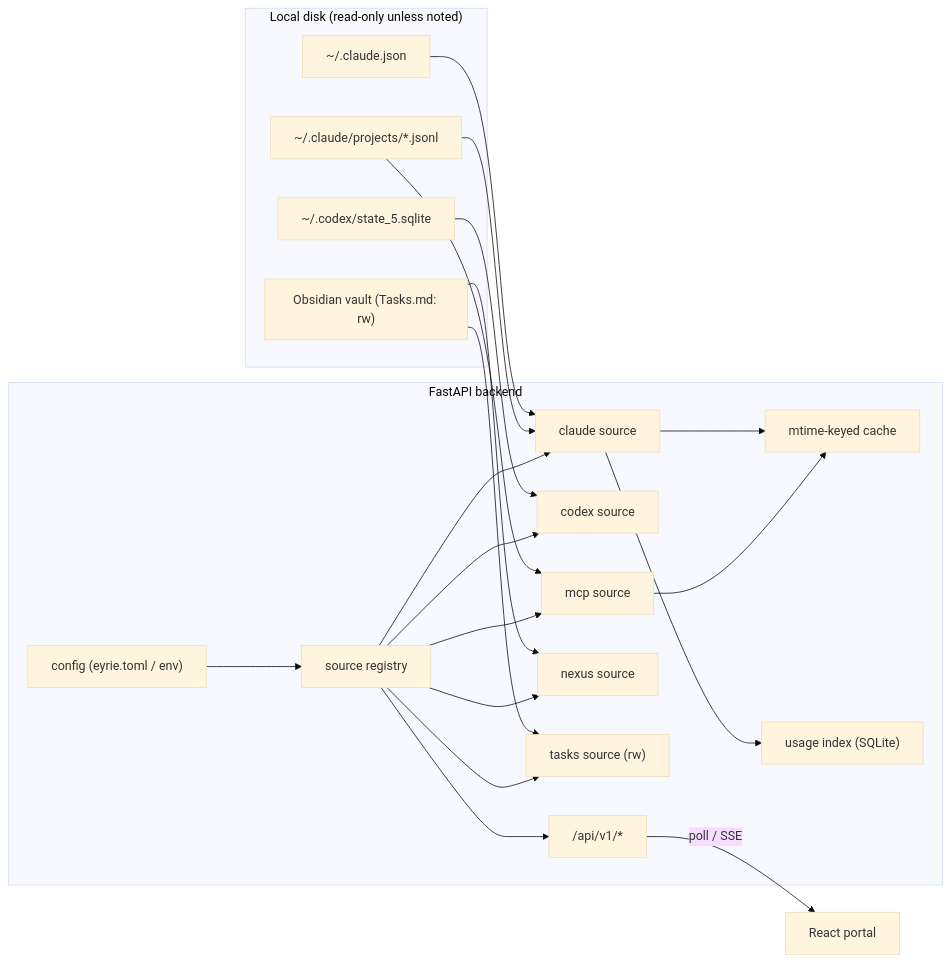
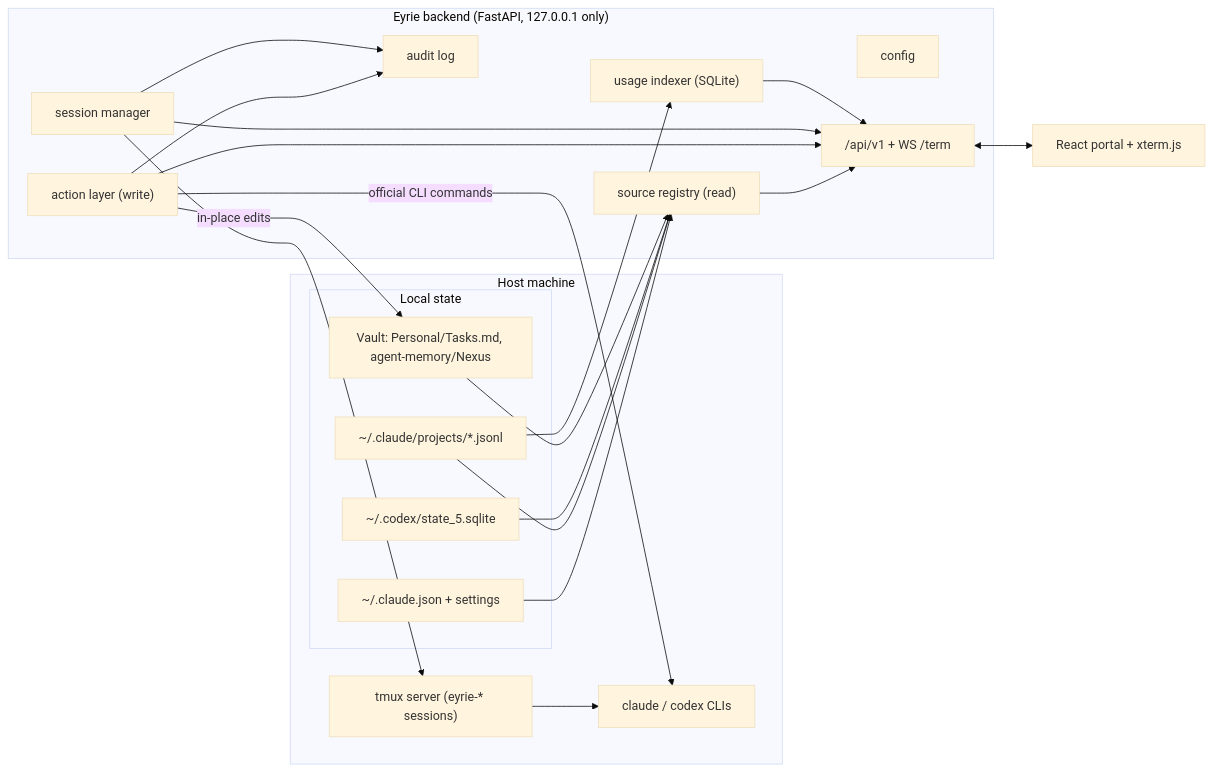
One commit to abrahamalen/eyrie changed the diagram in docs/architecture.md. Above: the diagram before and after it, drawn with Mermaid (base theme). The commit also changed other lines of this file, not shown here.

Commit message:
Design: full control, usage history, personal tasks

````diff
--- a/docs/architecture.md
+++ b/docs/architecture.md
@@ -38,35 +57,34 @@
 ```mermaid
 flowchart LR
-  subgraph Disk["Local disk (read-only unless noted)"]
-    CJ["~/.claude.json"]
-    CT["~/.claude/projects/*.jsonl"]
-    CX["~/.codex/state_5.sqlite"]
-    V["Obsidian vault (Tasks.md: rw)"]
+  subgraph Host["Host machine"]
+    subgraph Disk["Local state"]
+      CJ["~/.claude.json + settings"]
+      CT["~/.claude/projects/*.jsonl"]
+      CX["~/.codex/state_5.sqlite"]
+      V["Vault: Personal/Tasks.md, agent-memory/Nexus"]
+    end
+    CLI["claude / codex CLIs"]
+    TMUX["tmux server (eyrie-* sessions)"]
   end
 
-  subgraph Backend["FastAPI backend"]
-    CFG["config (eyrie.toml / env)"]
-    REG["source registry"]
-    S1["claude source"]
-    S2["codex source"]
-    S3["mcp source"]
-    S4["nexus source"]
-    S5["tasks source (rw)"]
-    CACHE["mtime-keyed cache"]
-    IDX["usage index (SQLite)"]
-    API["/api/v1/*"]
+  subgraph Backend["Eyrie backend (FastAPI, 127.0.0.1 only)"]
+    CFG["config"]
+    REG["source registry (read)"]
+    ACT["action layer (write)"]
+    SESS["session manager"]
+    IDX["usage indexer (SQLite)"]
+    AUD["audit log"]
+    API["/api/v1 + WS /term"]
   end
 
-  UI["React portal"]
+  UI["React portal + xterm.js"]
 
-  CJ --> S1
-  CT --> S1 & S3
-  CX --> S2
-  V --> S4 & S5
-  CFG --> REG
-  REG --> S1 & S2 & S3 & S4 & S5
-  S1 & S3 --> CACHE
-  S1 --> IDX
-  REG --> API
-  API -- "poll / SSE" --> UI
+  CJ & CT & CX & V --> REG
+  CT --> IDX
+  ACT -- "official CLI commands" --> CLI
+  ACT -- "in-place edits" --> V
+  SESS --> TMUX --> CLI
+  ACT & SESS --> AUD
+  REG & ACT & SESS & IDX --> API
+  API <--> UI
 ```
````
